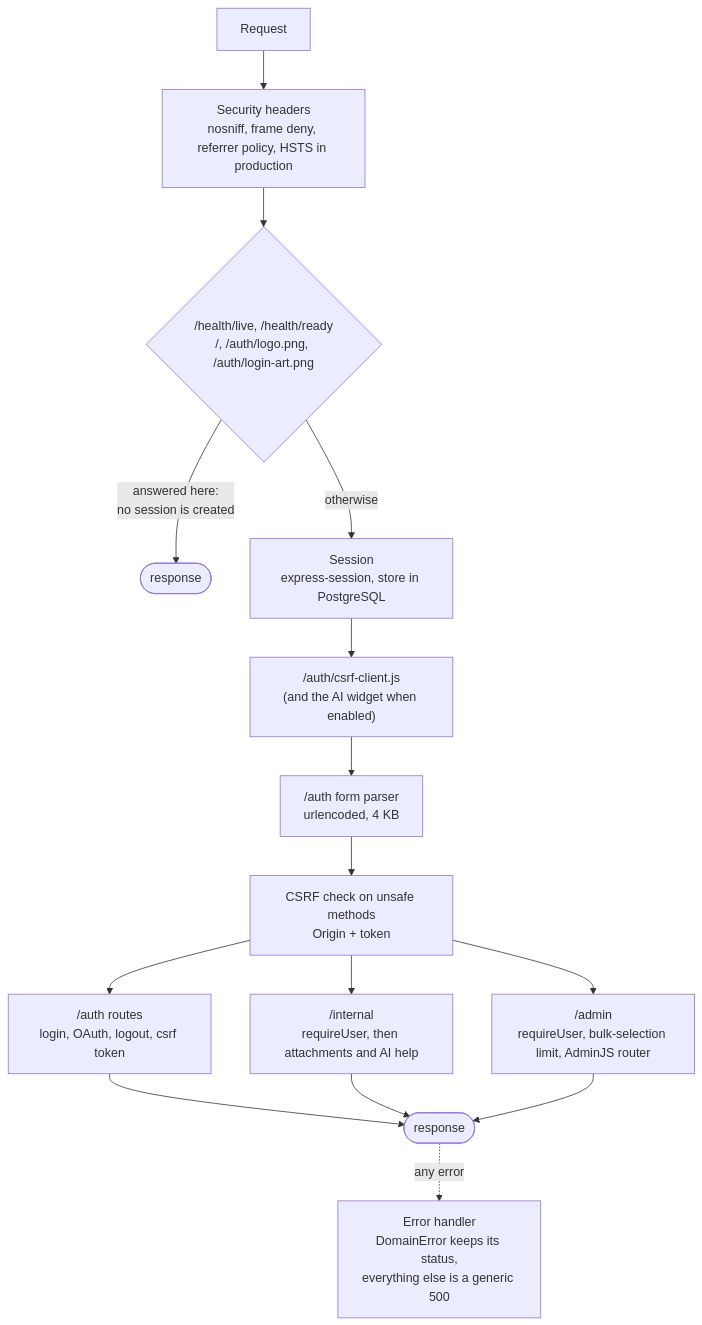
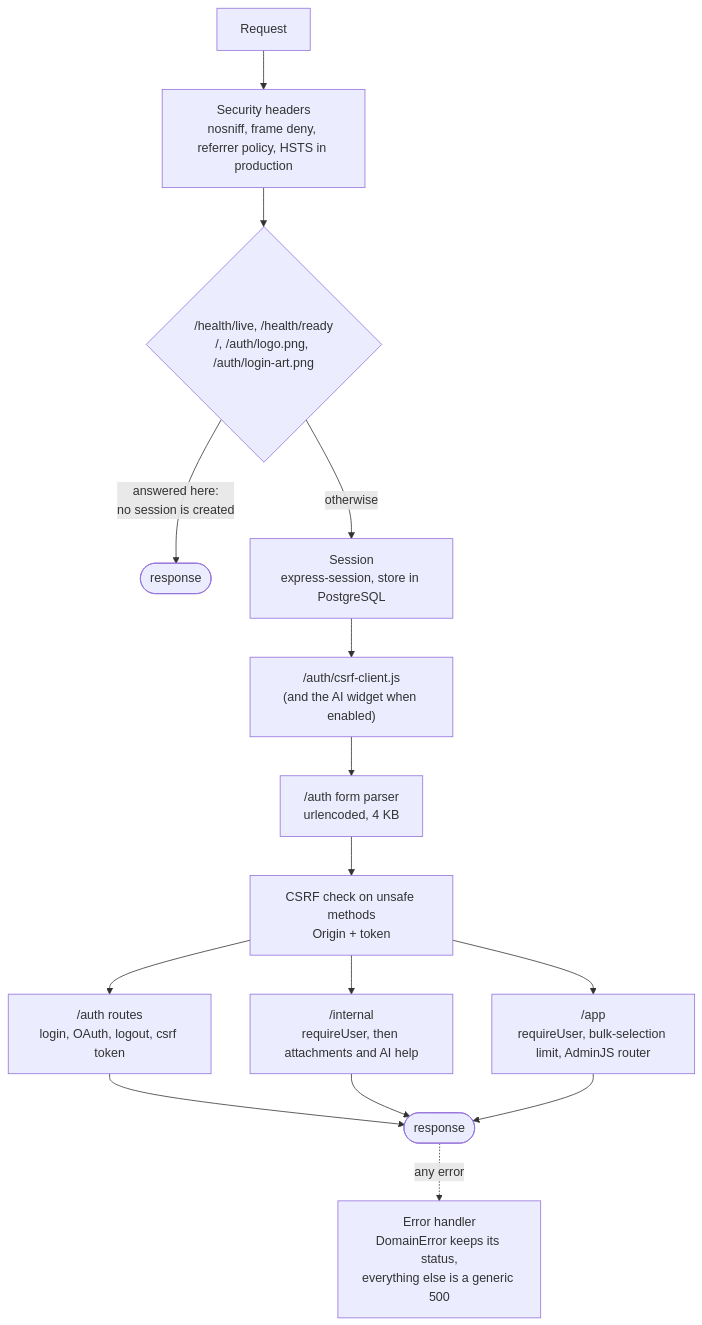
The second of 3 diagrams in docs/architecture.md (vasilykamenev/ticket-tracker), drawn with Mermaid before and after one commit. The commit also changed other lines of this file and 16 other files, not shown here.

First line of the commit message:
feat: move the application root path from /admin to /app

````diff
--- a/docs/architecture.md
+++ b/docs/architecture.md
@@ -46,17 +46,17 @@
 ```mermaid
 flowchart TD
     R["Request"] --> H["Security headers<br/>nosniff, frame deny, referrer policy, HSTS in production"]
     H --> HL{"/health/live, /health/ready<br/>/, /auth/logo.png, /auth/login-art.png"}
     HL -->|"answered here:<br/>no session is created"| X1(["response"])
     HL -->|otherwise| S["Session<br/>express-session, store in PostgreSQL"]
     S --> JS["/auth/csrf-client.js<br/>(and the AI widget when enabled)"]
     JS --> P["/auth form parser<br/>urlencoded, 4 KB"]
     P --> CS["CSRF check on unsafe methods<br/>Origin + token"]
     CS --> AU["/auth routes<br/>login, OAuth, logout, csrf token"]
     CS --> IN["/internal<br/>requireUser, then attachments and AI help"]
-    CS --> AD["/admin<br/>requireUser, bulk-selection limit, AdminJS router"]
+    CS --> AD["/app<br/>requireUser, bulk-selection limit, AdminJS router"]
     AU --> X2(["response"])
     IN --> X2
     AD --> X2
     X2 -.->|any error| E["Error handler<br/>DomainError keeps its status,<br/>everything else is a generic 500"]
 ```
````
